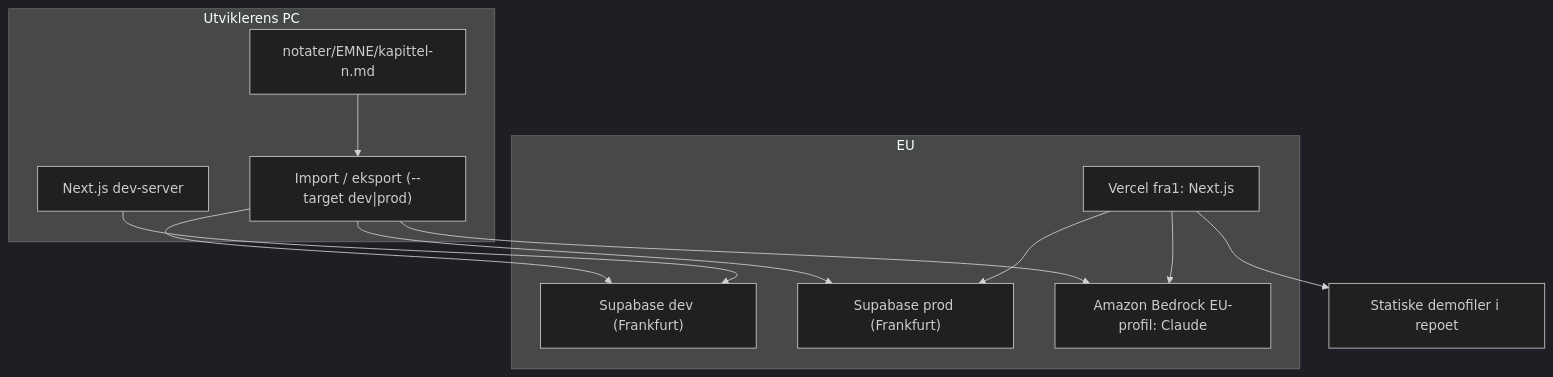
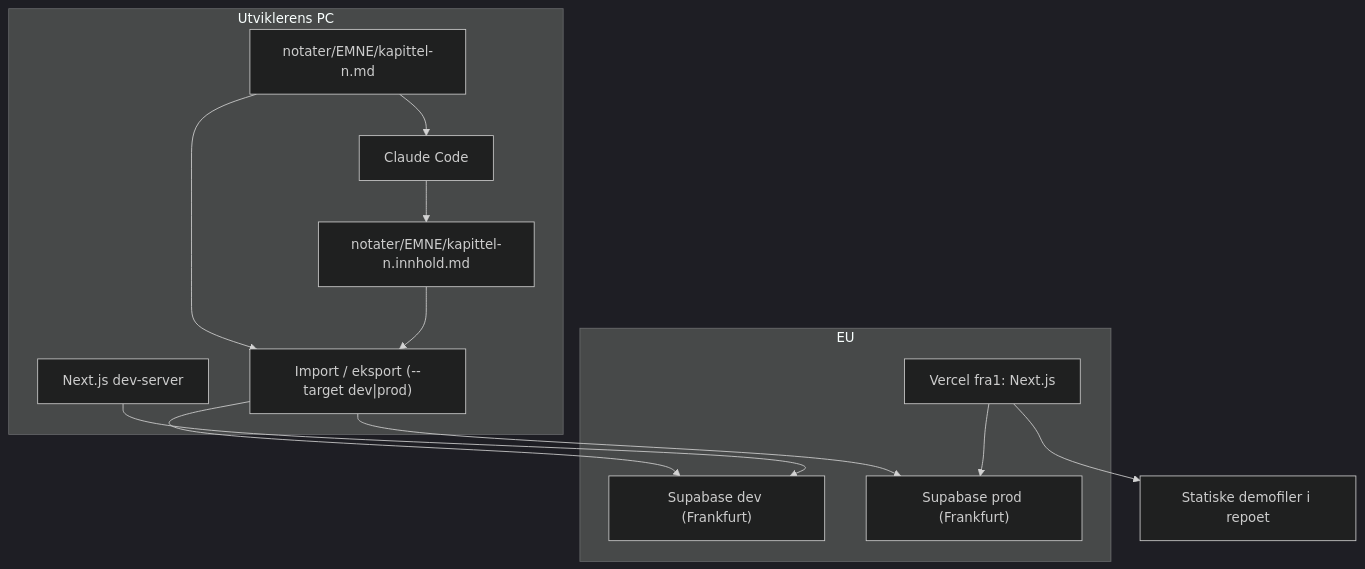
Before and after one commit to IBE160-2026/G131-hovda: the second of 3 diagrams in G131-hovda/planning-artifacts/architecture/architecture-G131-hovda-2026-10-08/ARCHITECTURE-SPINE.md, drawn with Mermaid (dark theme). The commit also changed other lines of this file and 5 other files, not shown here.

First line of the commit message:
Planendring: KI-innhold lages på forhånd i Claude Code

````diff
--- a/G131-hovda/planning-artifacts/architecture/architecture-G131-hovda-2026-10-08/ARCHITECTURE-SPINE.md
+++ b/G131-hovda/planning-artifacts/architecture/architecture-G131-hovda-2026-10-08/ARCHITECTURE-SPINE.md
@@ -187,22 +185,24 @@
 ```mermaid
 graph TB
   subgraph PC["Utviklerens PC"]
     DEV["Next.js dev-server"]
     IMP["Import / eksport (--target dev|prod)"]
     NOT["notater/EMNE/kapittel-n.md"]
+    INN["notater/EMNE/kapittel-n.innhold.md"]
+    CC["Claude Code"]
   end
   subgraph EU["EU"]
     VER["Vercel fra1: Next.js"]
     SDEV["Supabase dev (Frankfurt)"]
     SPROD["Supabase prod (Frankfurt)"]
-    BR["Amazon Bedrock EU-profil: Claude"]
   end
+  NOT --> CC
+  CC --> INN
   NOT --> IMP
-  IMP --> BR
+  INN --> IMP
   IMP --> SDEV
   IMP --> SPROD
   DEV --> SDEV
   VER --> SPROD
-  VER --> BR
   VER --> DEMOF["Statiske demofiler i repoet"]
 ```
````
